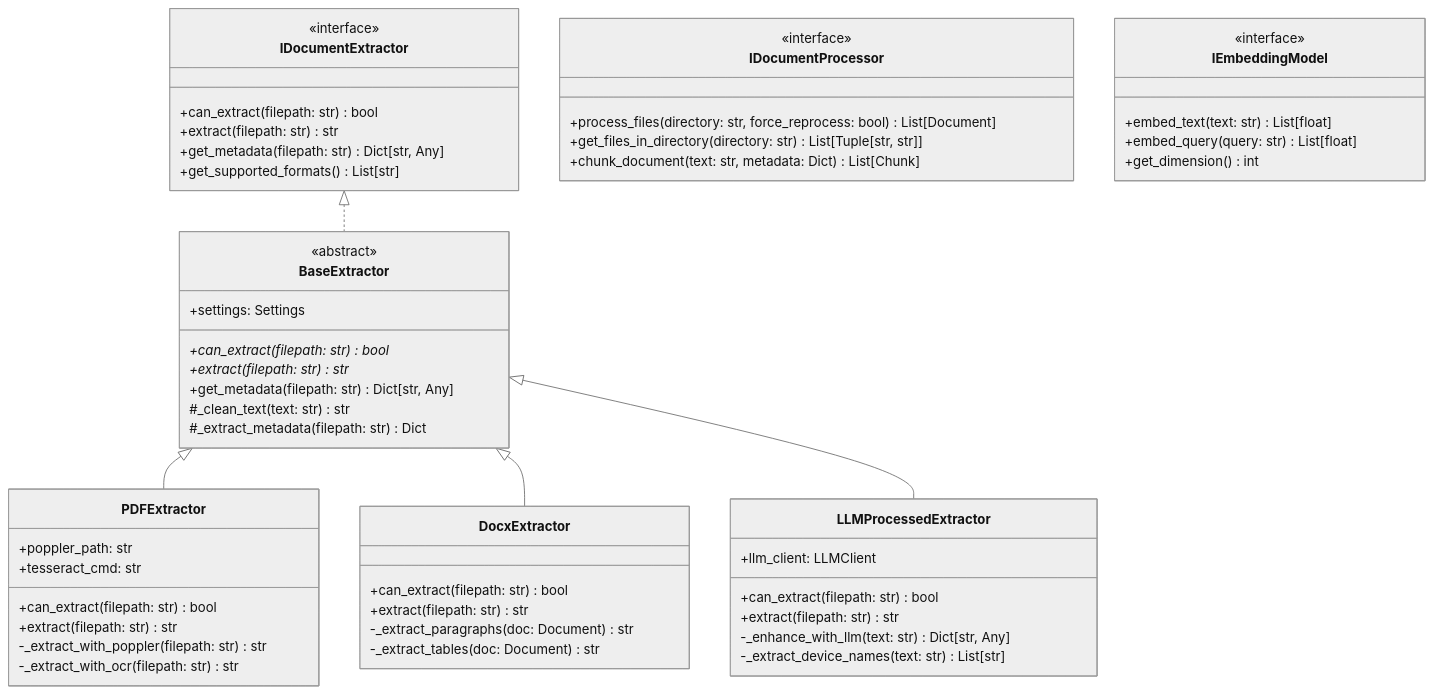
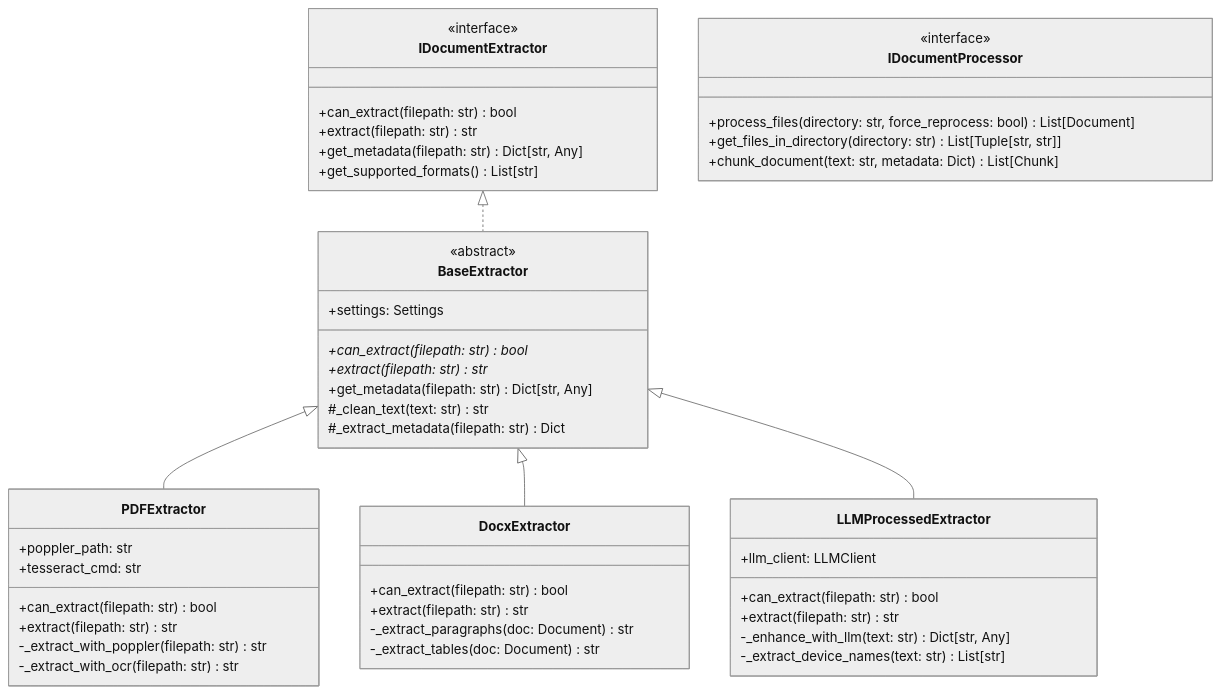
One commit to Pratham-Jain-3903/md-viewer changed the third of 25 diagrams in README.md. Above: the diagram before and after it, drawn with Mermaid (neutral theme).

````diff
--- a/README.md
+++ b/README.md
@@ -252,63 +252,56 @@
 ```mermaid
 classDiagram
     class IDocumentExtractor {
         <<interface>>
         +can_extract(filepath: str) bool
         +extract(filepath: str) str
         +get_metadata(filepath: str) Dict[str, Any]
         +get_supported_formats() List[str]
     }
 
     class IDocumentProcessor {
         <<interface>>
         +process_files(directory: str, force_reprocess: bool) List[Document]
         +get_files_in_directory(directory: str) List[Tuple[str, str]]
         +chunk_document(text: str, metadata: Dict) List[Chunk]
-    }
-
-    class IEmbeddingModel {
-        <<interface>>
-        +embed_text(text: str) List[float]
-        +embed_query(query: str) List[float]
-        +get_dimension() int
     }
 
     class BaseExtractor {
         <<abstract>>
         +settings: Settings
         +can_extract(filepath: str)* bool
         +extract(filepath: str)* str
         +get_metadata(filepath: str) Dict[str, Any]
         #_clean_text(text: str) str
         #_extract_metadata(filepath: str) Dict
     }
 
     class PDFExtractor {
         +poppler_path: str
         +tesseract_cmd: str
         +can_extract(filepath: str) bool
         +extract(filepath: str) str
         -_extract_with_poppler(filepath: str) str
         -_extract_with_ocr(filepath: str) str
     }
 
     class DocxExtractor {
         +can_extract(filepath: str) bool
         +extract(filepath: str) str
         -_extract_paragraphs(doc: Document) str
         -_extract_tables(doc: Document) str
     }
 
     class LLMProcessedExtractor {
         +llm_client: LLMClient
         +can_extract(filepath: str) bool
         +extract(filepath: str) str
         -_enhance_with_llm(text: str) Dict[str, Any]
         -_extract_device_names(text: str) List[str]
     }
 
     IDocumentExtractor <|.. BaseExtractor
     BaseExtractor <|-- PDFExtractor
     BaseExtractor <|-- DocxExtractor
     BaseExtractor <|-- LLMProcessedExtractor
 ```
````
